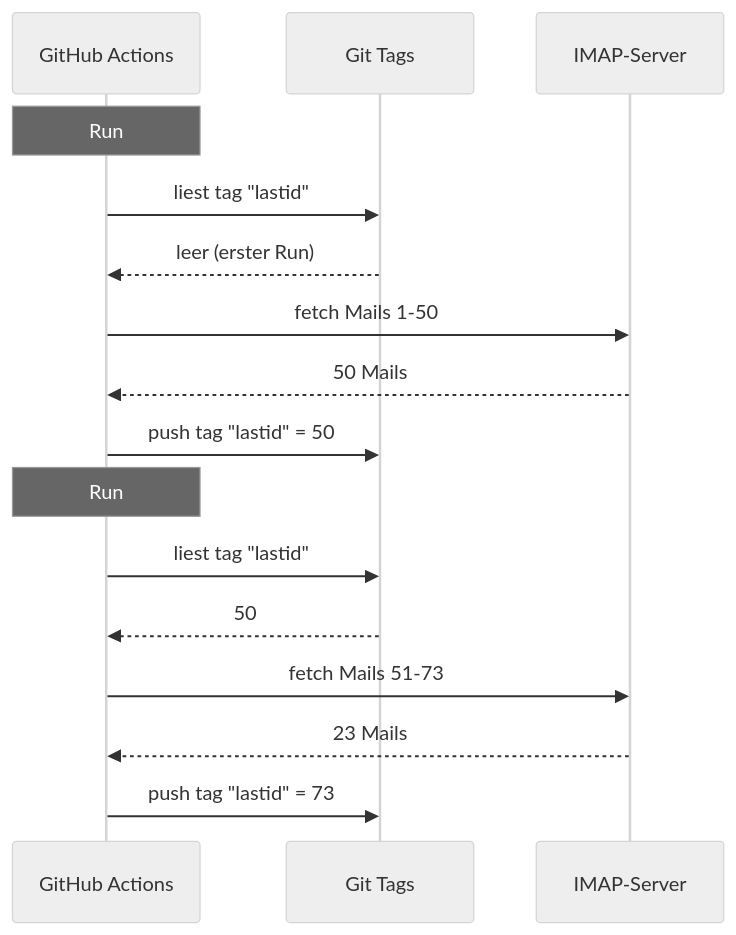
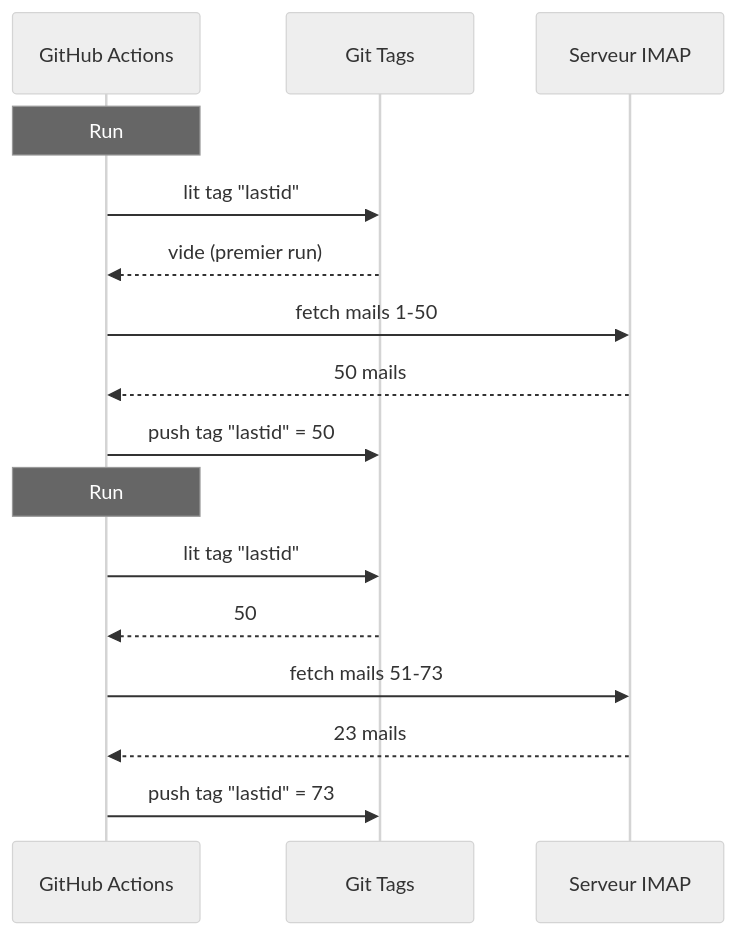
The diagram in public/articles/de/email-autoreply.md (fox3000foxy/fox3000foxy.github.io), drawn with Mermaid (neutral theme) before and after one commit. The commit also changed other lines of this file and 576 other files, not shown here.

````diff
--- a/public/articles/de/email-autoreply.md
+++ b/public/articles/de/email-autoreply.md
@@ -62,20 +60,20 @@
 ```mermaid
 sequenceDiagram
     participant GH as GitHub Actions
     participant GIT as Git Tags
-    participant IMAP as IMAP-Server
-    
+    participant IMAP as Serveur IMAP
+
     Note over GH: Run #1
-    GH->>GIT: liest tag "lastid"
-    GIT-->>GH: leer (erster Run)
-    GH->>IMAP: fetch Mails 1-50
-    IMAP-->>GH: 50 Mails
+    GH->>GIT: lit tag "lastid"
+    GIT-->>GH: vide (premier run)
+    GH->>IMAP: fetch mails 1-50
+    IMAP-->>GH: 50 mails
     GH->>GIT: push tag "lastid" = 50
-    
+
     Note over GH: Run #2
-    GH->>GIT: liest tag "lastid"
+    GH->>GIT: lit tag "lastid"
     GIT-->>GH: 50
-    GH->>IMAP: fetch Mails 51-73
-    IMAP-->>GH: 23 Mails
+    GH->>IMAP: fetch mails 51-73
+    IMAP-->>GH: 23 mails
     GH->>GIT: push tag "lastid" = 73
 ```
````
